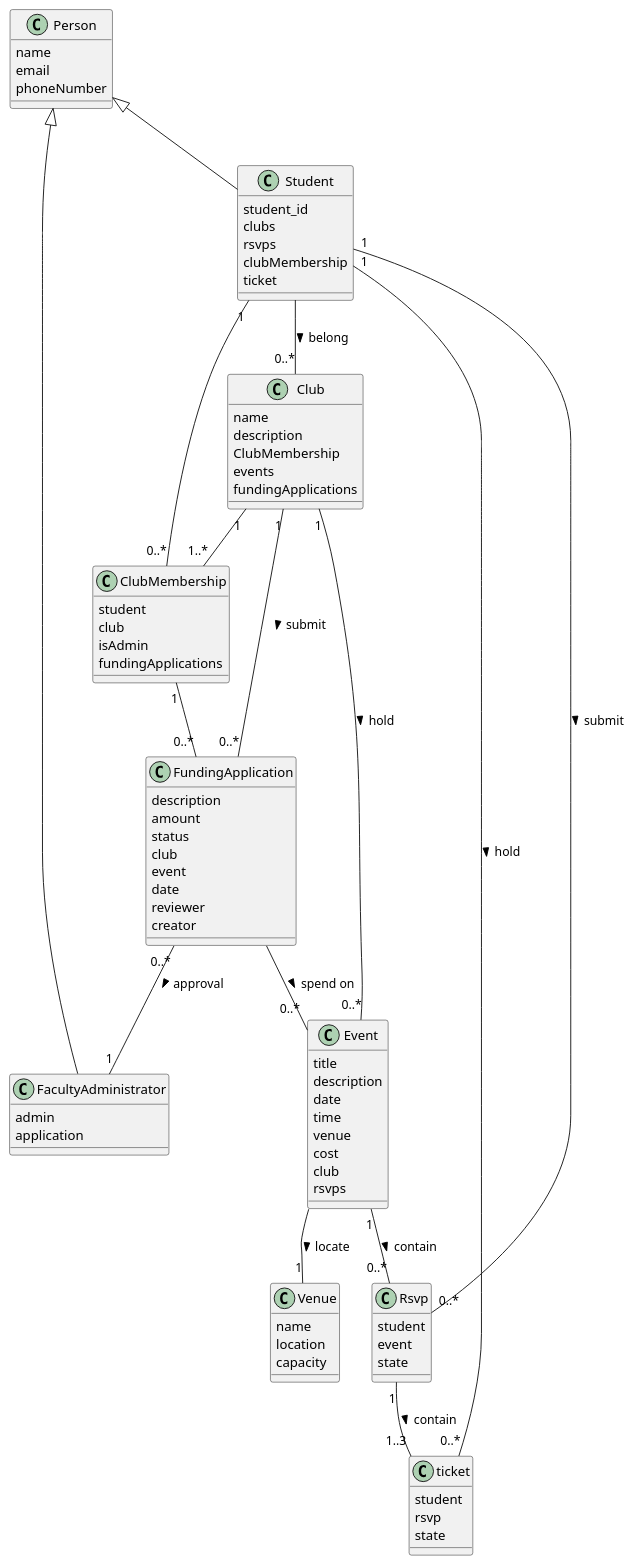
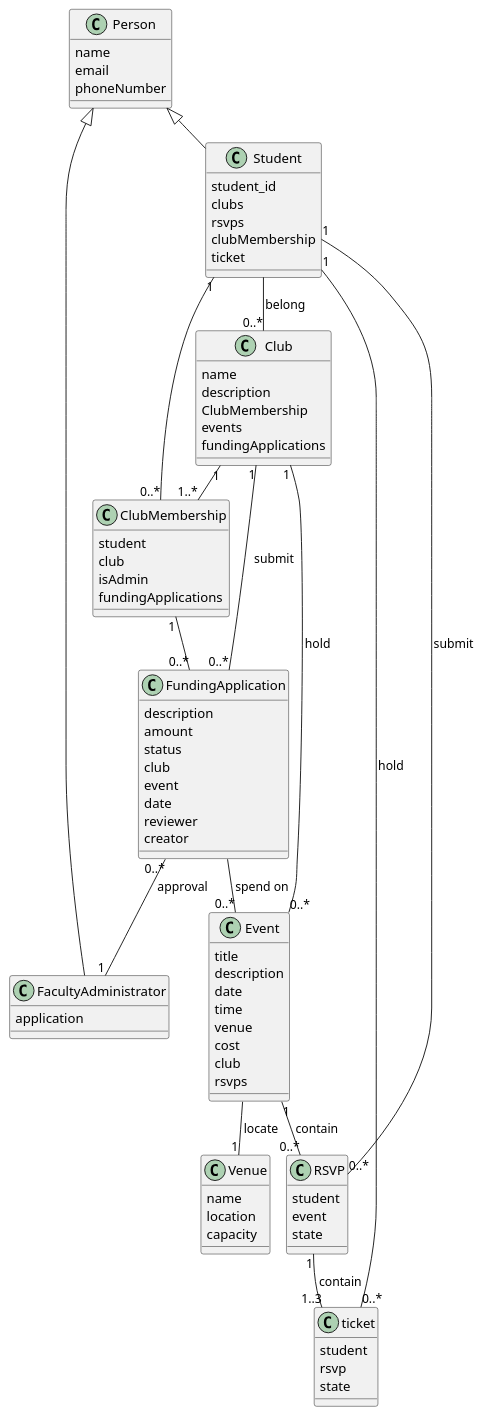
One commit to lvyl9909/ClubManagementSystem changed the diagram in docs/part1/domain_model.puml. Above: the diagram before and after it, drawn with PlantUML.

Commit message:
chore: update RSVP class name

```diff
--- a/docs/part1/domain_model.puml
+++ b/docs/part1/domain_model.puml
@@ -1,91 +1,91 @@
 @startuml
+!pragma layout smetana
 class Person{
     name
     email
     phoneNumber
 }
 
 class Student{
     student_id
     clubs
     rsvps
     clubMembership
     ticket
 }
 
 class ClubMembership{
     student
     club
     isAdmin
     fundingApplications
 }
 
 
 class FacultyAdministrator{
-    admin
     application
 }
 
 class Club{
     name
     description
     ClubMembership
     events
     fundingApplications
 }
 
 class Venue{
     name
     location
     capacity
 }
 
 class Event{
     title
     description
     date
     time
     venue
     cost
     club
     rsvps
 }
 
 class FundingApplication{
     description
     amount
     status
     club
     event
     date
     reviewer
     creator
 }
 
-class Rsvp{
+class RSVP{
     student
     event
     state
 }
 
 class ticket{
     student
     rsvp
     state
 }
 Person <|-- Student
 Person <|-- FacultyAdministrator
 Student  -- "0..*" Club : belong >
 FundingApplication "0..*"--"1" FacultyAdministrator: approval >
 Club "1" -- "0..*" Event : hold >
 Event  -- "1" Venue : locate >
-Student "1" -- "0..*" Rsvp : submit >
-Event "1" -- "0..*" Rsvp : contain >
+Student "1" -- "0..*" RSVP : submit >
+Event "1" -- "0..*" RSVP : contain >
 Club "1"--"0..*" FundingApplication : submit >
 FundingApplication  -- "0..*" Event : spend on >
-Rsvp "1"--"1..3" ticket : contain >
+RSVP "1"--"1..3" ticket : contain >
 Student "1" -- "0..*" ticket: hold >
 Club "1" -- "1..*" ClubMembership
 Student "1"--"0..*" ClubMembership
 ClubMembership "1" -- "0..*" FundingApplication
 @enduml
```
